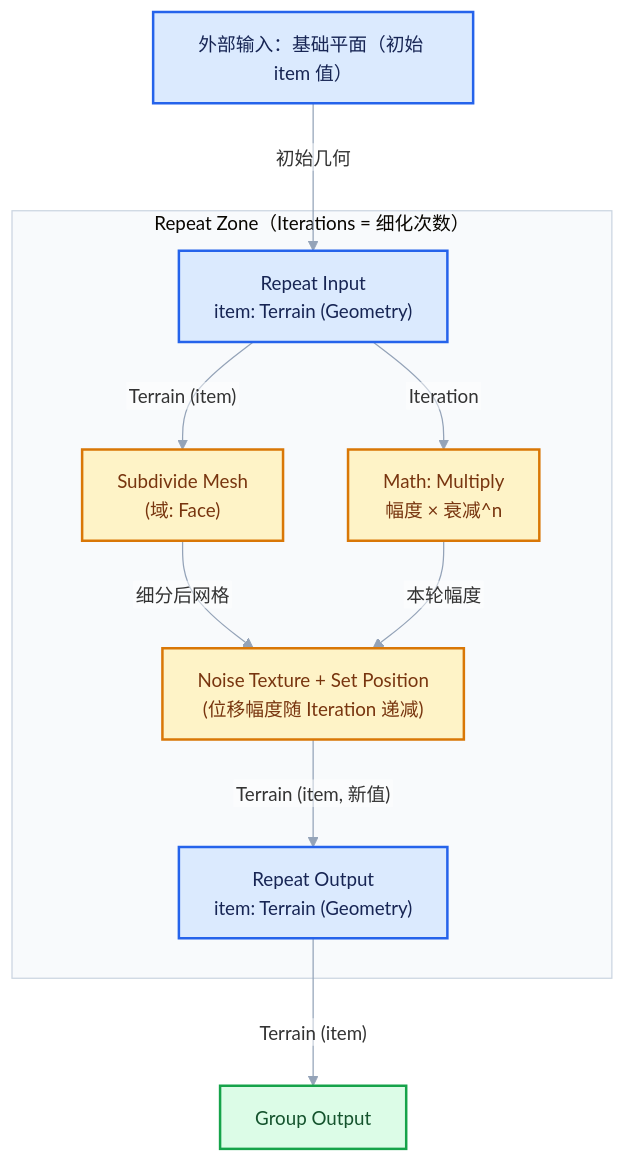
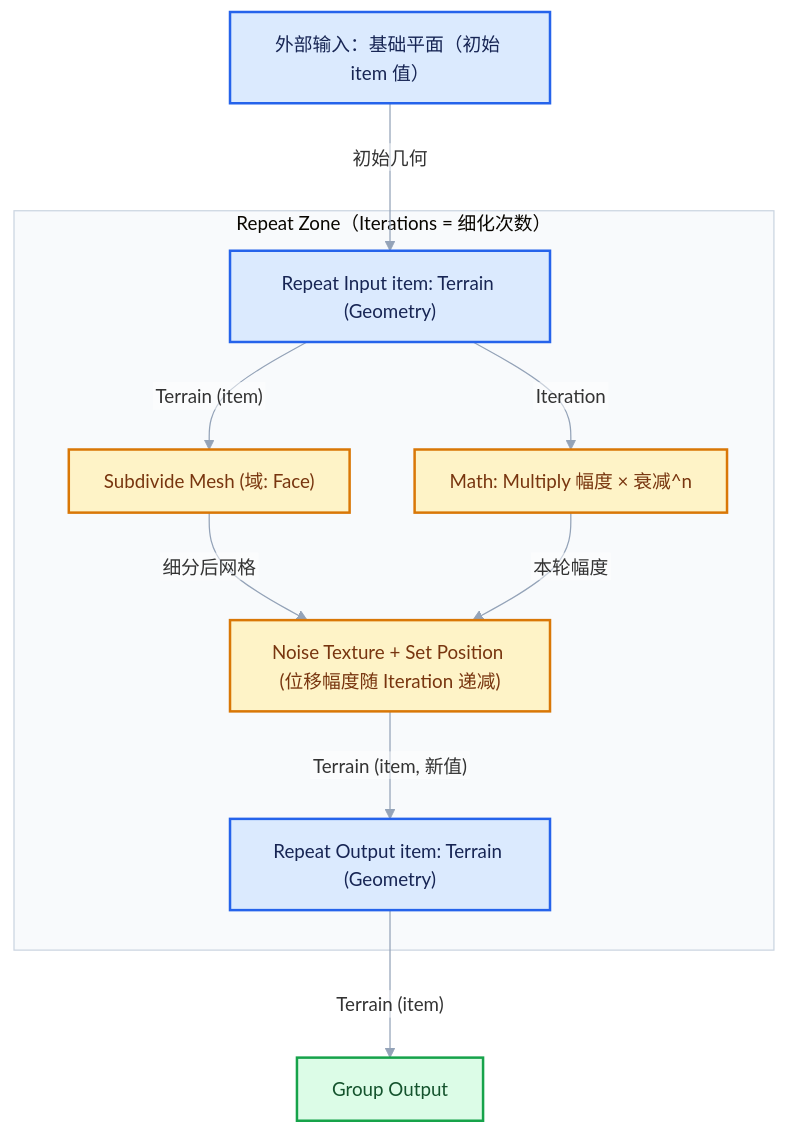
One commit to yunkezengren/blender-.vscode changed the eighth of 16 diagrams in 杂/markdown/重复区域-dsh/06-实战与性能/01-使用模式与迭代设计.md. Above: the diagram before and after it, drawn with Mermaid. The commit also changed other lines of this file and 27 other files, not shown here.

````diff
--- a/杂/markdown/重复区域-dsh/06-实战与性能/01-使用模式与迭代设计.md
+++ b/杂/markdown/重复区域-dsh/06-实战与性能/01-使用模式与迭代设计.md
@@ -520,28 +507,28 @@
 ```mermaid
 %%{init: {"theme":"base","themeVariables":{"fontFamily":"\"Segoe UI\",\"Microsoft YaHei\",sans-serif","fontSize":"15px","lineColor":"#94A3B8","edgeLabelBackground":"#FFFFFF","clusterBkg":"#F8FAFC","clusterBorder":"#CBD5E1"},"flowchart":{"htmlLabels":false,"curve":"basis","nodeSpacing":52,"rankSpacing":64,"padding":14,"diagramPadding":16,"useMaxWidth":true},"sequence":{"useMaxWidth":true,"wrap":true,"mirrorActors":false,"messageMargin":36}}}%%
 flowchart TB
     subgraph ZONE["Repeat Zone（Iterations = 细化次数）"]
-        RI["Repeat Input<br/>item: Terrain (Geometry)"]:::input
-        RO["Repeat Output<br/>item: Terrain (Geometry)"]:::input
+        RI["Repeat Input item: Terrain (Geometry)"]:::input
+        RO["Repeat Output item: Terrain (Geometry)"]:::input
 
-        SUBD["Subdivide Mesh<br/>(域: Face)"]:::compute
-        NOISE["Noise Texture + Set Position<br/>(位移幅度随 Iteration 递减)"]:::compute
-        DAMP["Math: Multiply<br/>幅度 × 衰减^n"]:::compute
+        SUBD["Subdivide Mesh (域: Face)"]:::compute
+        NOISE["Noise Texture + Set Position (位移幅度随 Iteration 递减)"]:::compute
+        DAMP["Math: Multiply 幅度 × 衰减^n"]:::compute
 
         RI -- "Terrain (item)" --> SUBD
         SUBD -- "细分后网格" --> NOISE
         RI -- "Iteration" --> DAMP
         DAMP -- "本轮幅度" --> NOISE
         NOISE -- "Terrain (item, 新值)" --> RO
     end
     IN_BASE["外部输入：基础平面（初始 item 值）"]:::input
     IN_BASE -- "初始几何" --> RI
     RO -- "Terrain (item)" --> OUT["Group Output"]:::result
 
     classDef input fill:#DBEAFE,stroke:#2563EB,color:#172554,stroke-width:2px;
     classDef data fill:#CFFAFE,stroke:#0891B2,color:#164E63,stroke-width:2px;
     classDef abstraction fill:#EDE9FE,stroke:#7C3AED,color:#3B0764,stroke-width:2px;
     classDef compute fill:#FEF3C7,stroke:#D97706,color:#78350F,stroke-width:2px;
     classDef result fill:#DCFCE7,stroke:#16A34A,color:#14532D,stroke-width:2px;
     classDef error fill:#FEE2E2,stroke:#DC2626,color:#7F1D1D,stroke-width:2px;
 ```
````
